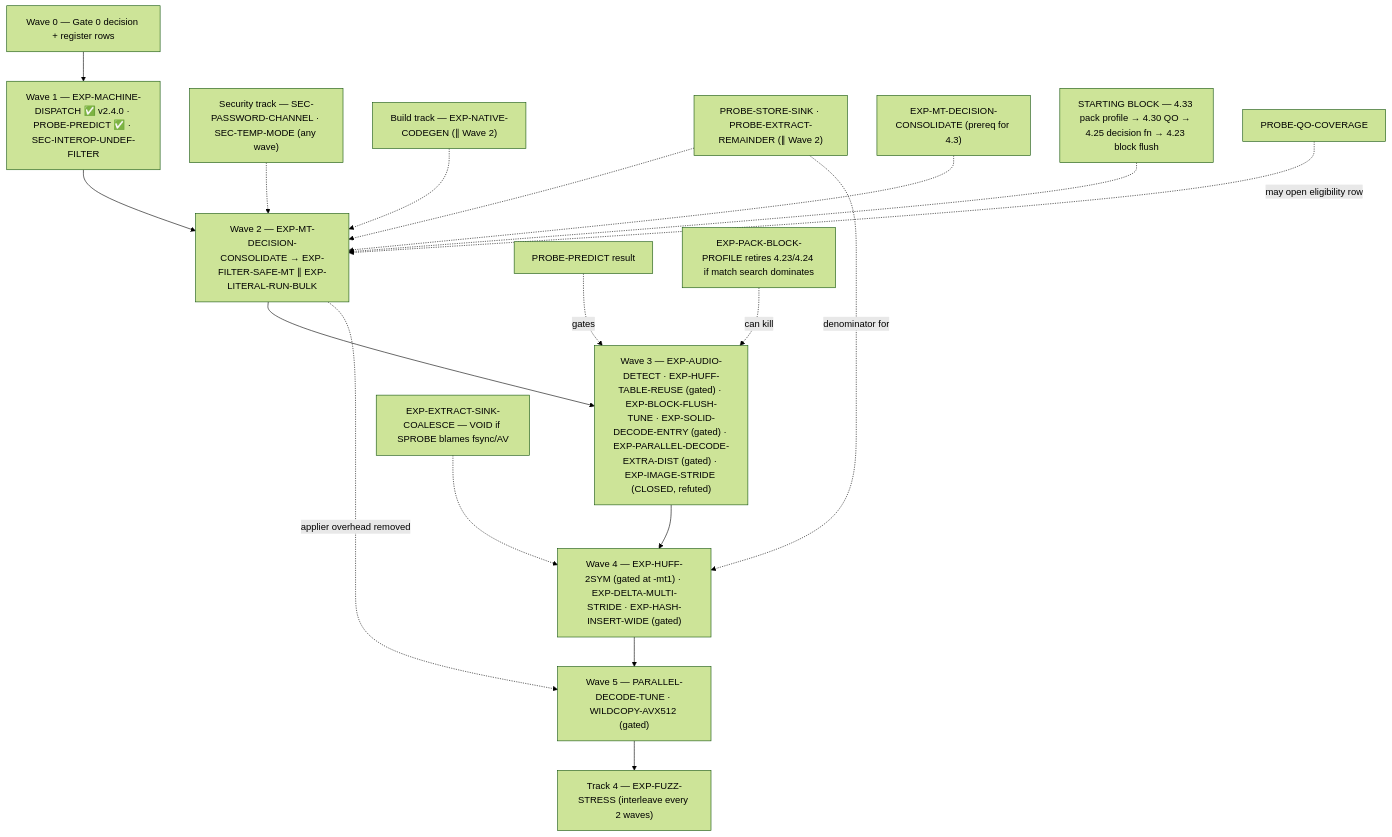
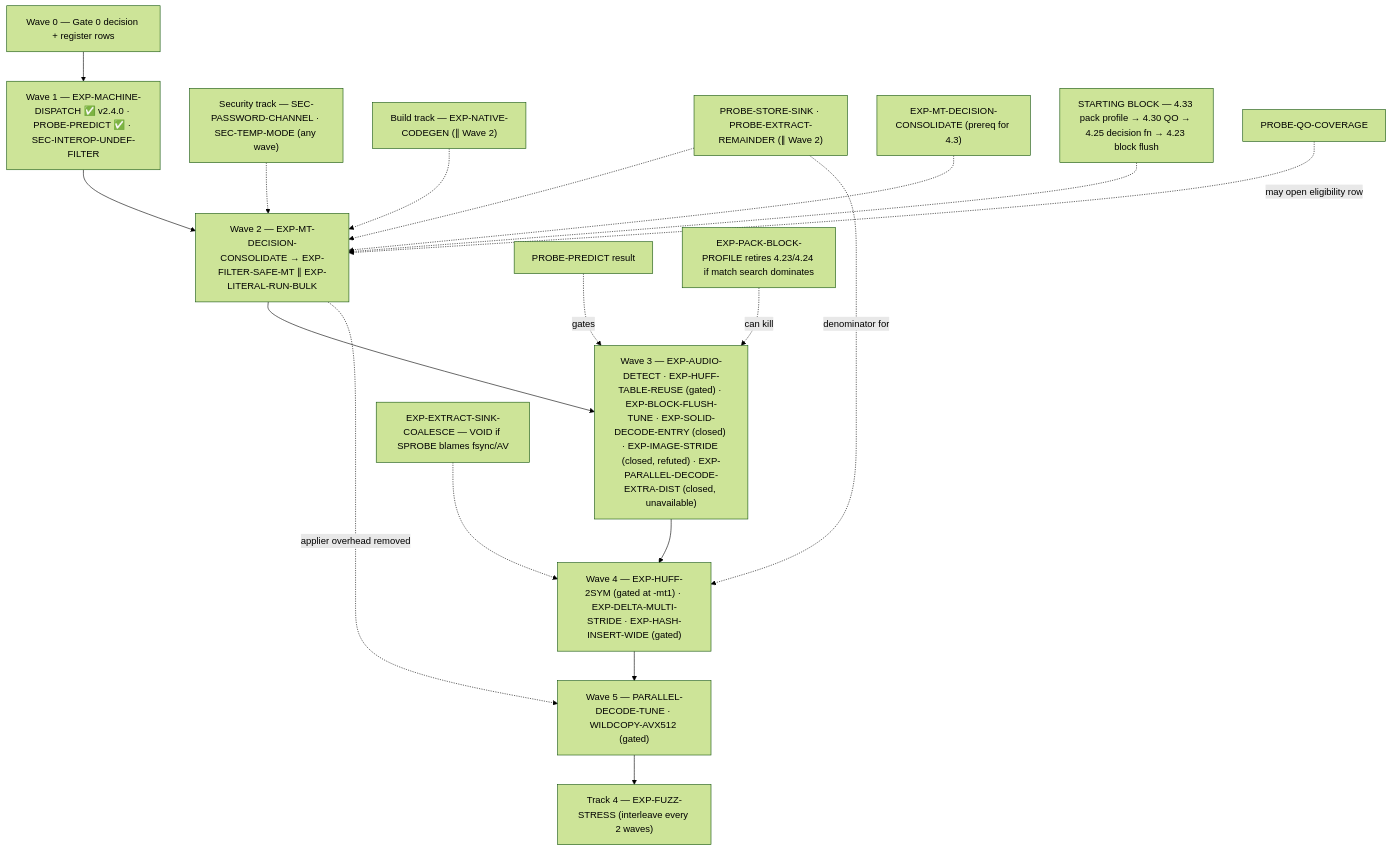
The diagram in docs/experimentation-roadmap.md (geometric-dev/openrar), drawn with Mermaid (forest theme) before and after one commit. The commit also changed other lines of this file, not shown here.

First line of the commit message:
docs(roadmap): close EXP-PARALLEL-DECODE-EXTRA-DIST as unavailable

````diff
--- a/docs/experimentation-roadmap.md
+++ b/docs/experimentation-roadmap.md
@@ -812,21 +834,21 @@
 ```mermaid
 graph TD
     W0["Wave 0 — Gate 0 decision + register rows"] --> W1
     W1["Wave 1 — EXP-MACHINE-DISPATCH ✅ v2.4.0 · PROBE-PREDICT ✅ · SEC-INTEROP-UNDEF-FILTER"] --> W2
     SEC["Security track — SEC-PASSWORD-CHANNEL · SEC-TEMP-MODE (any wave)"] -.-> W2
     BUILD["Build track — EXP-NATIVE-CODEGEN (∥ Wave 2)"] -.-> W2
     SPROBE["PROBE-STORE-SINK · PROBE-EXTRACT-REMAINDER (∥ Wave 2)"] -.-> W2
     CONSOL["EXP-MT-DECISION-CONSOLIDATE (prereq for 4.3)"] -.-> W2
     BLOCK["STARTING BLOCK — 4.33 pack profile → 4.30 QO → 4.25 decision fn → 4.23 block flush"] -.-> W2
     W2["Wave 2 — EXP-MT-DECISION-CONSOLIDATE → EXP-FILTER-SAFE-MT ∥ EXP-LITERAL-RUN-BULK"] --> W3
-    W3["Wave 3 — EXP-AUDIO-DETECT · EXP-HUFF-TABLE-REUSE (gated) · EXP-BLOCK-FLUSH-TUNE · EXP-SOLID-DECODE-ENTRY (gated) · EXP-PARALLEL-DECODE-EXTRA-DIST (gated) · EXP-IMAGE-STRIDE (CLOSED, refuted)"] --> W4
+    W3["Wave 3 — EXP-AUDIO-DETECT · EXP-HUFF-TABLE-REUSE (gated) · EXP-BLOCK-FLUSH-TUNE · EXP-SOLID-DECODE-ENTRY (closed) · EXP-IMAGE-STRIDE (closed, refuted) · EXP-PARALLEL-DECODE-EXTRA-DIST (closed, unavailable)"] --> W4
     W4["Wave 4 — EXP-HUFF-2SYM (gated at -mt1) · EXP-DELTA-MULTI-STRIDE · EXP-HASH-INSERT-WIDE (gated)"] --> W5
     W5["Wave 5 — PARALLEL-DECODE-TUNE · WILDCOPY-AVX512 (gated)"] --> W6
     W6["Track 4 — EXP-FUZZ-STRESS (interleave every 2 waves)"]
     PROBE["PROBE-PREDICT result"] -.->|gates| W3
     W2 -.->|applier overhead removed| W5
     SPROBE -.->|denominator for| W4
     COALESCE["EXP-EXTRACT-SINK-COALESCE — VOID if SPROBE blames fsync/AV"] -.-> W4
     PPROF["EXP-PACK-BLOCK-PROFILE retires 4.23/4.24 if match search dominates"] -.->|can kill| W3
     QO["PROBE-QO-COVERAGE"] -.->|may open eligibility row| W2
 ```
````
